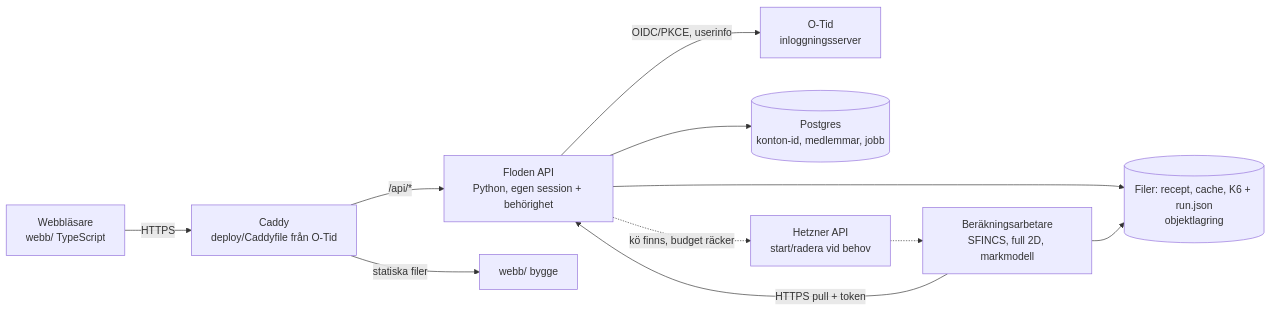
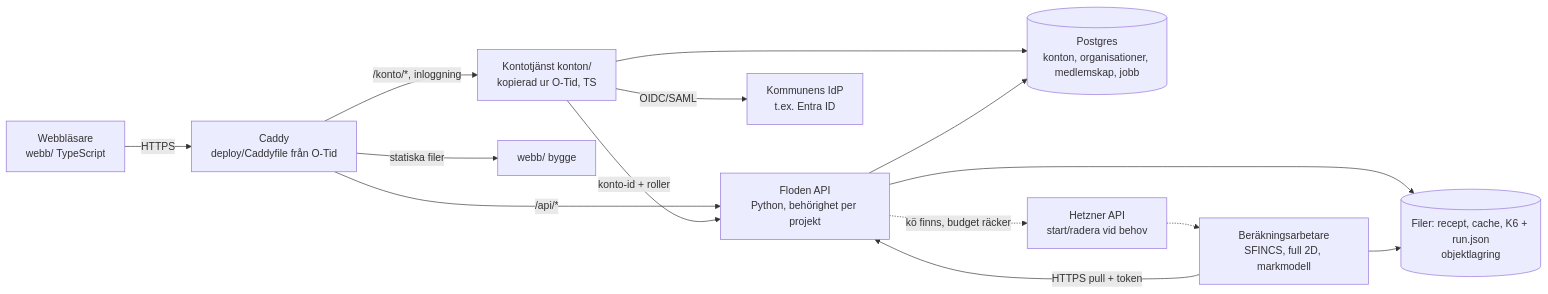
One commit to joelberring/floden changed the diagram in docs/ARKITEKTUR-DRIFT.md. Above: the diagram before and after it, drawn with Mermaid. The commit also changed other lines of this file, not shown here.

First line of the commit message:
Driftplan: egen server, kopierat kontosystem, SSO och koppling till förvaltning

````diff
--- a/docs/ARKITEKTUR-DRIFT.md
+++ b/docs/ARKITEKTUR-DRIFT.md
@@ -72,13 +165,16 @@
 ```mermaid
 flowchart LR
   B[Webbläsare<br/>webb/ TypeScript] -->|HTTPS| C[Caddy<br/>deploy/Caddyfile från O-Tid]
-  C -->|/api/*| P[Floden API<br/>Python, egen session + behörighet]
+  C -->|/konto/*, inloggning| K[Kontotjänst konton/<br/>kopierad ur O-Tid, TS]
+  C -->|/api/*| P[Floden API<br/>Python, behörighet per projekt]
+  K -->|konto-id + roller| P
+  K -->|OIDC/SAML| I[Kommunens IdP<br/>t.ex. Entra ID]
+  K --> D
   C -->|statiska filer| S[webb/ bygge]
-  P -->|OIDC/PKCE, userinfo| O[O-Tid<br/>inloggningsserver]
-  P --> D[(Postgres<br/>konton-id, medlemmar, jobb)]
+  P --> D[(Postgres<br/>konton, organisationer, medlemskap, jobb)]
   P --> F[(Filer: recept, cache, K6 + run.json<br/>objektlagring)]
   W[Beräkningsarbetare<br/>SFINCS, full 2D, markmodell] -->|HTTPS pull + token| P
   W --> F
   H[Hetzner API<br/>start/radera vid behov] -.-> W
   P -.->|kö finns, budget räcker| H
 ```
````
